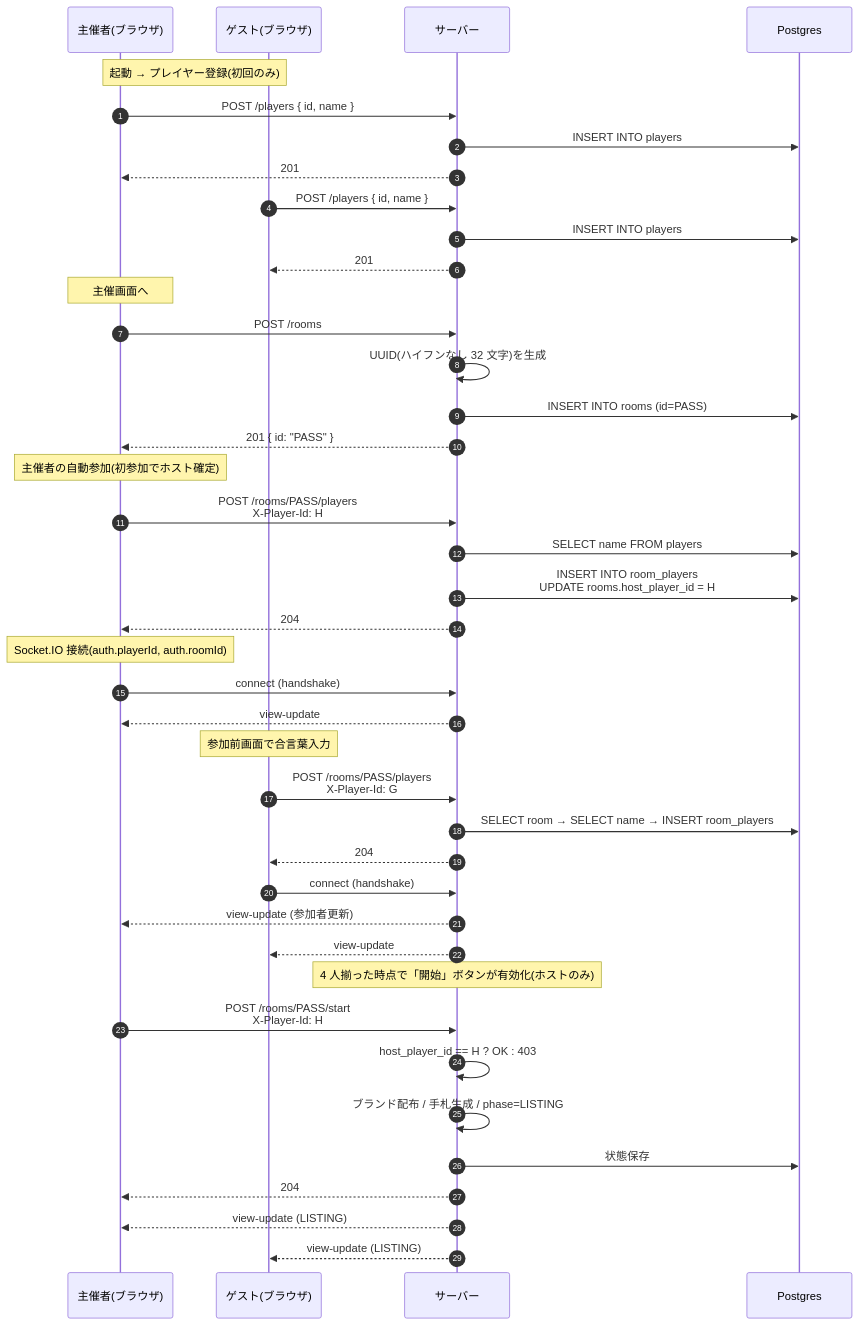
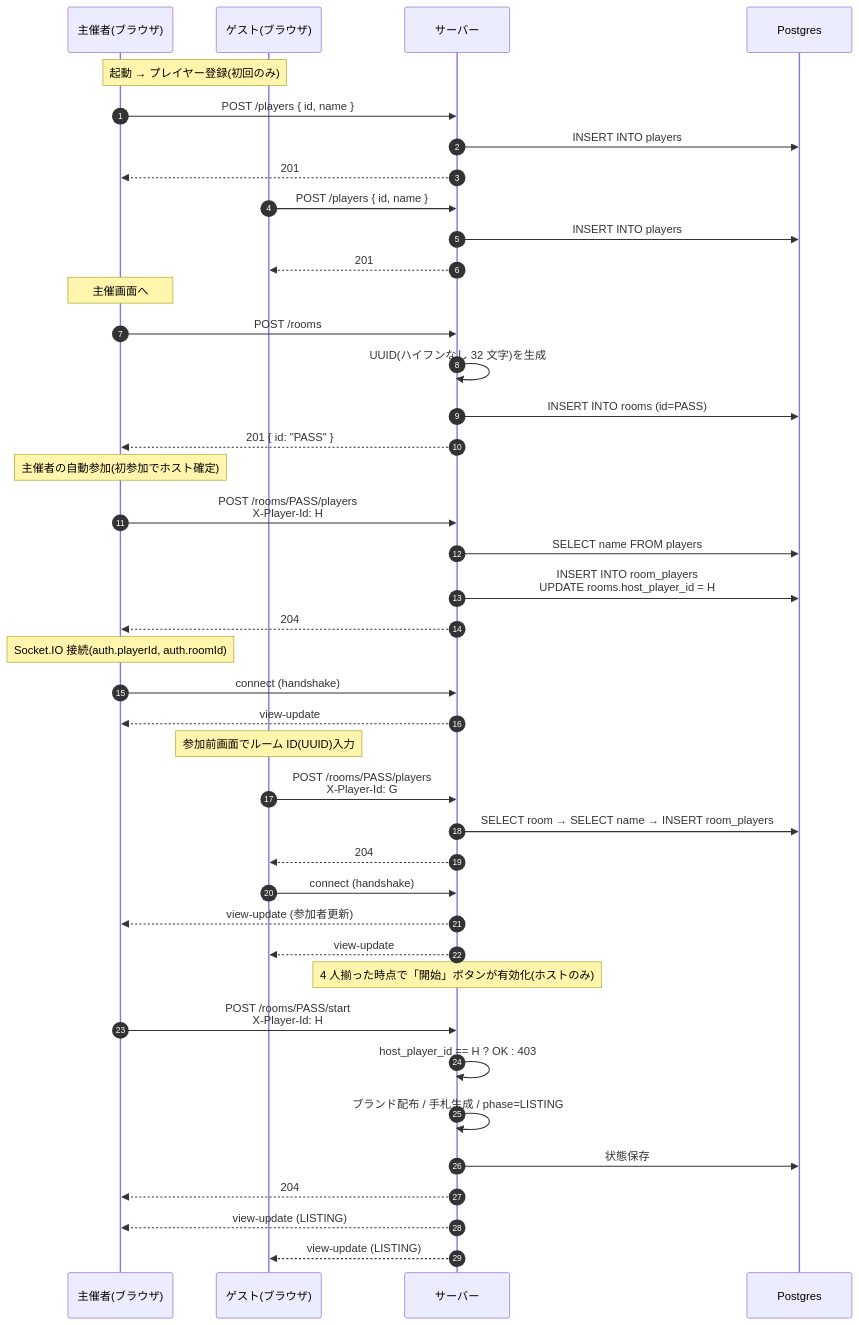
One commit to calm1205/bluff-auction changed the first of 2 diagrams in docs/design/01_sequence.md. Above: the diagram before and after it, drawn with Mermaid.

Commit message:
chore: auto-commit by Claude Code

````diff
--- a/docs/design/01_sequence.md
+++ b/docs/design/01_sequence.md
@@ -9,49 +9,49 @@
 ```mermaid
 sequenceDiagram
     autonumber
     participant H as 主催者(ブラウザ)
     participant G as ゲスト(ブラウザ)
     participant Srv as サーバー
     participant DB as Postgres
 
     Note over H,G: 起動 → プレイヤー登録(初回のみ)
     H->>Srv: POST /players { id, name }
     Srv->>DB: INSERT INTO players
     Srv-->>H: 201
     G->>Srv: POST /players { id, name }
     Srv->>DB: INSERT INTO players
     Srv-->>G: 201
 
     Note over H: 主催画面へ
     H->>Srv: POST /rooms
     Srv->>Srv: UUID(ハイフンなし 32 文字)を生成
     Srv->>DB: INSERT INTO rooms (id=PASS)
     Srv-->>H: 201 { id: "PASS" }
 
     Note over H: 主催者の自動参加(初参加でホスト確定)
     H->>Srv: POST /rooms/PASS/players<br/>X-Player-Id: H
     Srv->>DB: SELECT name FROM players
     Srv->>DB: INSERT INTO room_players<br/>UPDATE rooms.host_player_id = H
     Srv-->>H: 204
 
     Note over H: Socket.IO 接続(auth.playerId, auth.roomId)
     H->>Srv: connect (handshake)
     Srv-->>H: view-update
 
-    Note over G: 参加前画面で合言葉入力
+    Note over G: 参加前画面でルーム ID(UUID)入力
     G->>Srv: POST /rooms/PASS/players<br/>X-Player-Id: G
     Srv->>DB: SELECT room → SELECT name → INSERT room_players
     Srv-->>G: 204
     G->>Srv: connect (handshake)
     Srv-->>H: view-update (参加者更新)
     Srv-->>G: view-update
 
     Note over Srv: 4 人揃った時点で「開始」ボタンが有効化(ホストのみ)
     H->>Srv: POST /rooms/PASS/start<br/>X-Player-Id: H
     Srv->>Srv: host_player_id == H ? OK : 403
     Srv->>Srv: ブランド配布 / 手札生成 / phase=LISTING
     Srv->>DB: 状態保存
     Srv-->>H: 204
     Srv-->>H: view-update (LISTING)
     Srv-->>G: view-update (LISTING)
 ```
````
